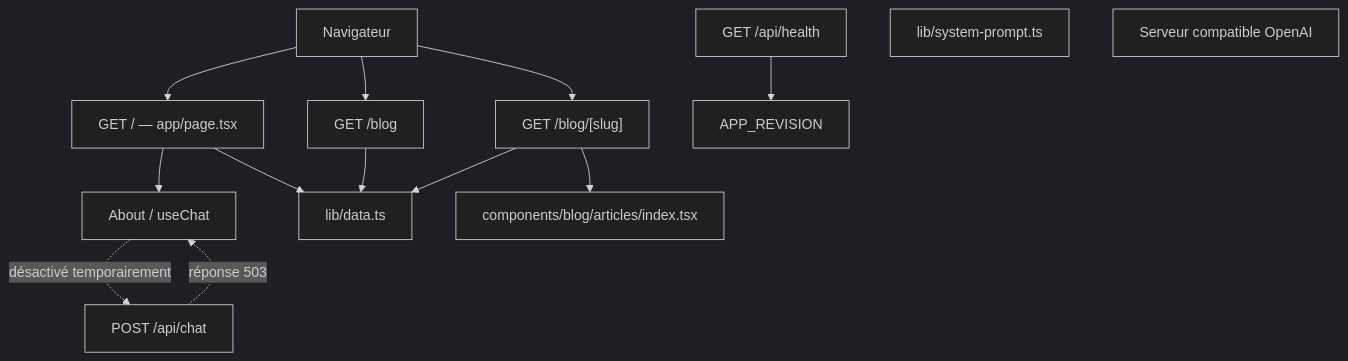
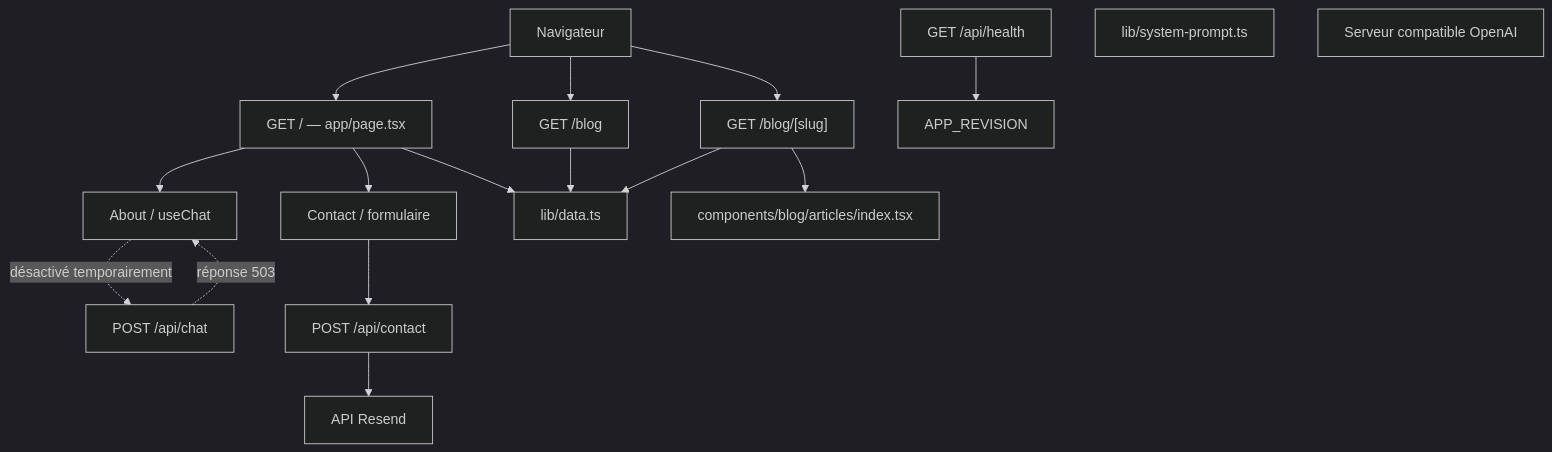
The diagram in CONTEXT.md (alexcommeau/my-portfolio), drawn with Mermaid (dark theme) before and after one commit. The commit also changed other lines of this file and 6 other files, not shown here.

Commit message:
feat: Add contact email with Resend

````diff
--- a/CONTEXT.md
+++ b/CONTEXT.md
@@ -145,26 +154,32 @@
 ```mermaid
 flowchart TD
     Browser[Navigateur]
     Home["GET / — app/page.tsx"]
     BlogIndex["GET /blog"]
     Article["GET /blog/[slug]"]
     ChatUI["About / useChat"]
     ChatAPI["POST /api/chat"]
+    ContactUI["Contact / formulaire"]
+    ContactAPI["POST /api/contact"]
+    Resend["API Resend"]
     Health["GET /api/health"]
     Prompt["lib/system-prompt.ts"]
     Data["lib/data.ts"]
     LLM["Serveur compatible OpenAI"]
     Registry["components/blog/articles/index.tsx"]
 
     Browser --> Home
     Browser --> BlogIndex
     Browser --> Article
     Home --> Data
     BlogIndex --> Data
     Article --> Data
     Article --> Registry
     Home --> ChatUI
     ChatUI -. désactivé temporairement .-> ChatAPI
     ChatAPI -. réponse 503 .-> ChatUI
+    Home --> ContactUI
+    ContactUI --> ContactAPI
+    ContactAPI --> Resend
     Health --> Revision["APP_REVISION"]
 ```
````
